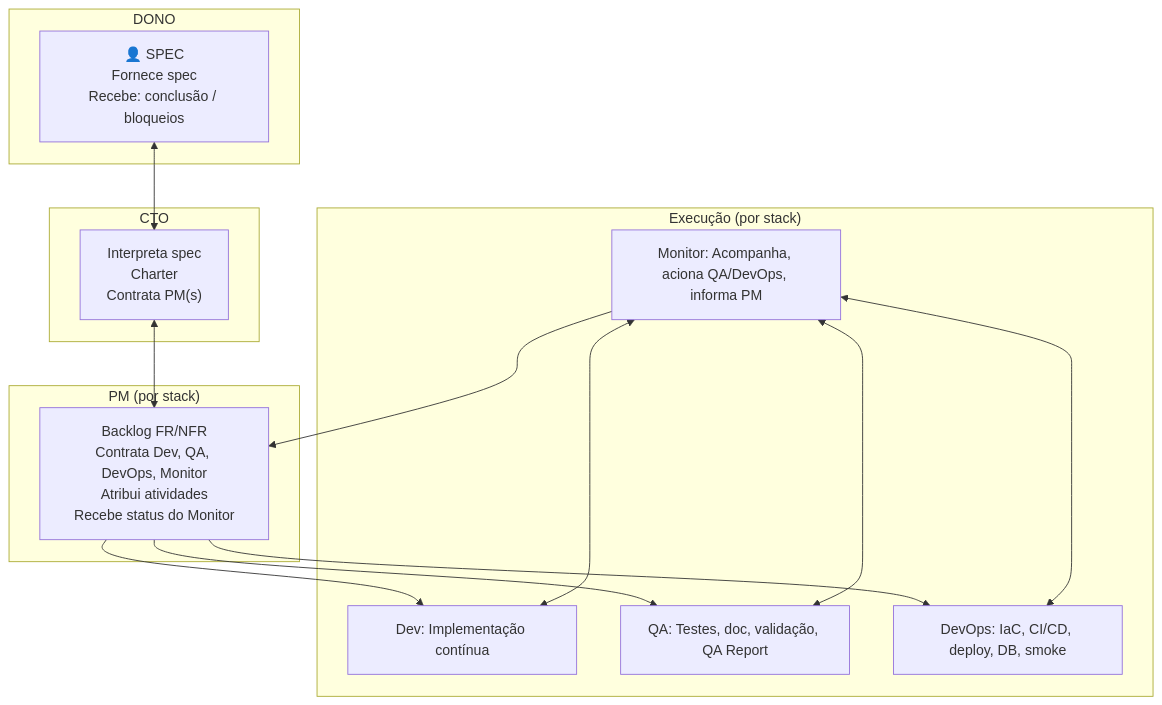
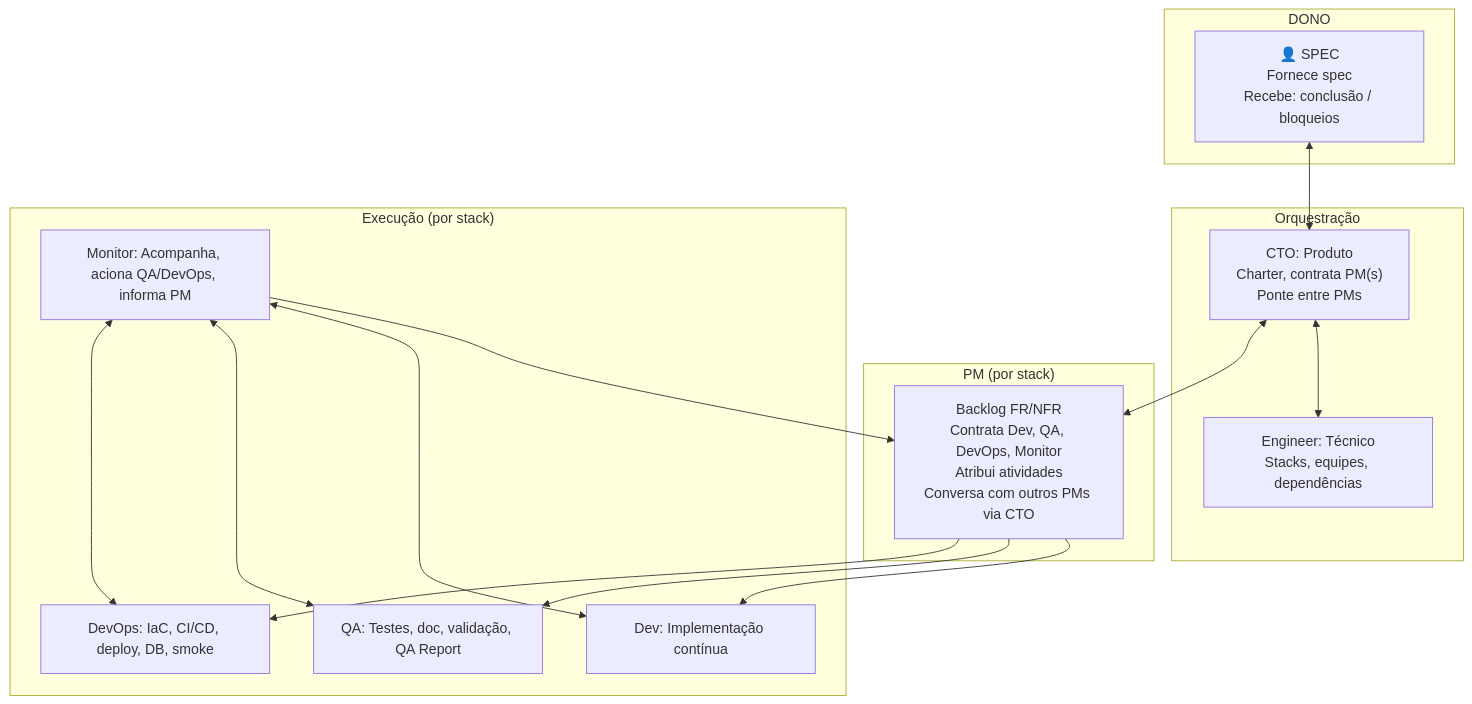
The fourth of 4 diagrams in project/docs/ACTORS_AND_RESPONSIBILITIES.md (zentriztech/zentriz-genesis), drawn with Mermaid before and after one commit. The commit also changed other lines of this file and 51 other files, not shown here.

````diff
--- a/project/docs/ACTORS_AND_RESPONSIBILITIES.md
+++ b/project/docs/ACTORS_AND_RESPONSIBILITIES.md
@@ -239,31 +258,33 @@
 ```mermaid
 flowchart TB
     subgraph DONO
         SPEC["👤 SPEC<br/>Fornece spec<br/>Recebe: conclusão / bloqueios"]
     end
 
-    subgraph CTO_BOX["CTO"]
-        CTO["Interpreta spec<br/>Charter<br/>Contrata PM(s)"]
+    subgraph ORQ["Orquestração"]
+        CTO["CTO: Produto<br/>Charter, contrata PM(s)<br/>Ponte entre PMs"]
+        ENG["Engineer: Técnico<br/>Stacks, equipes, dependências"]
     end
 
     subgraph PM_BOX["PM (por stack)"]
-        PM["Backlog FR/NFR<br/>Contrata Dev, QA, DevOps, Monitor<br/>Atribui atividades<br/>Recebe status do Monitor"]
+        PM["Backlog FR/NFR<br/>Contrata Dev, QA, DevOps, Monitor<br/>Atribui atividades<br/>Conversa com outros PMs via CTO"]
     end
 
     subgraph EXECUÇÃO["Execução (por stack)"]
         DEV["Dev: Implementação contínua"]
         QA["QA: Testes, doc, validação, QA Report"]
         DO["DevOps: IaC, CI/CD, deploy, DB, smoke"]
         MON["Monitor: Acompanha, aciona QA/DevOps, informa PM"]
     end
 
     SPEC <--> CTO
+    CTO <--> ENG
     CTO <--> PM
     PM --> DEV
     PM --> QA
     PM --> DO
     MON --> PM
     MON <--> DEV
     MON <--> QA
     MON <--> DO
 ```
````
